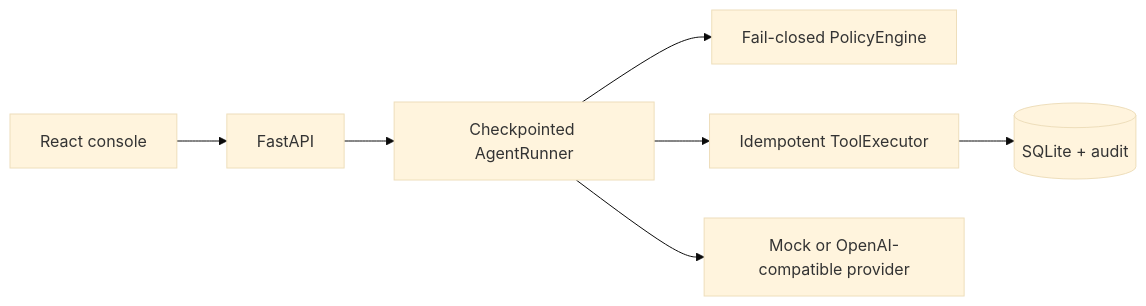
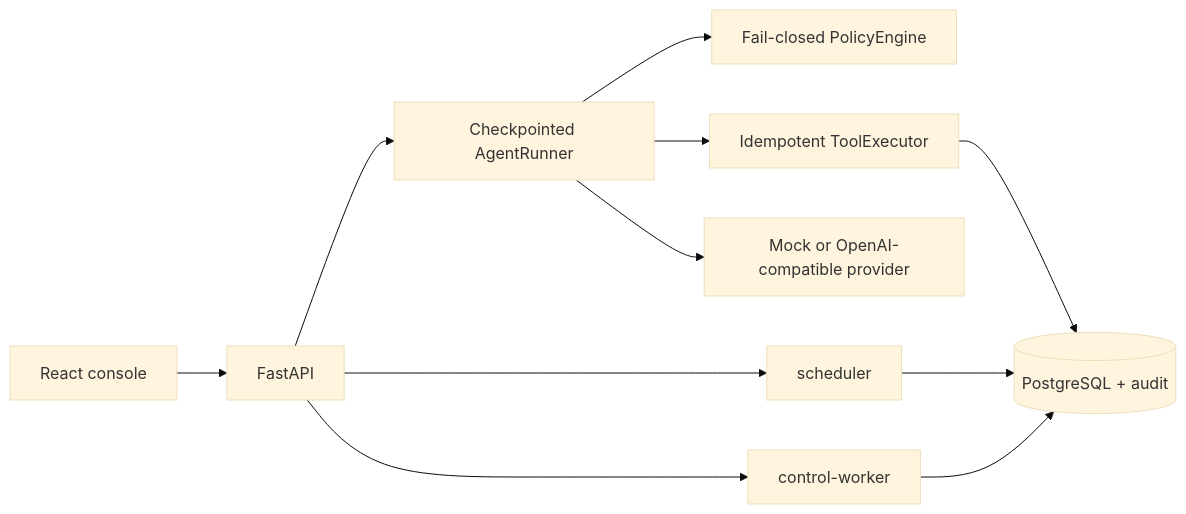
Before and after one commit to Caser-86/agentgate-control-plane: the diagram in README.md, drawn with Mermaid (base theme). The commit also changed other lines of this file and 15 other files, not shown here.

````diff
--- a/README.md
+++ b/README.md
@@ -21,9 +21,13 @@
 ```mermaid
 flowchart LR
     Browser[React console] --> API[FastAPI]
     API --> Runner[Checkpointed AgentRunner]
     Runner --> Policy[Fail-closed PolicyEngine]
     Runner --> Executor[Idempotent ToolExecutor]
-    Executor --> DB[(SQLite + audit)]
+    Executor --> DB[(PostgreSQL + audit)]
+    API --> Scheduler[scheduler]
+    API --> ControlWorker[control-worker]
+    Scheduler --> DB
+    ControlWorker --> DB
     Runner --> LLM[Mock or OpenAI-compatible provider]
 ```
````
